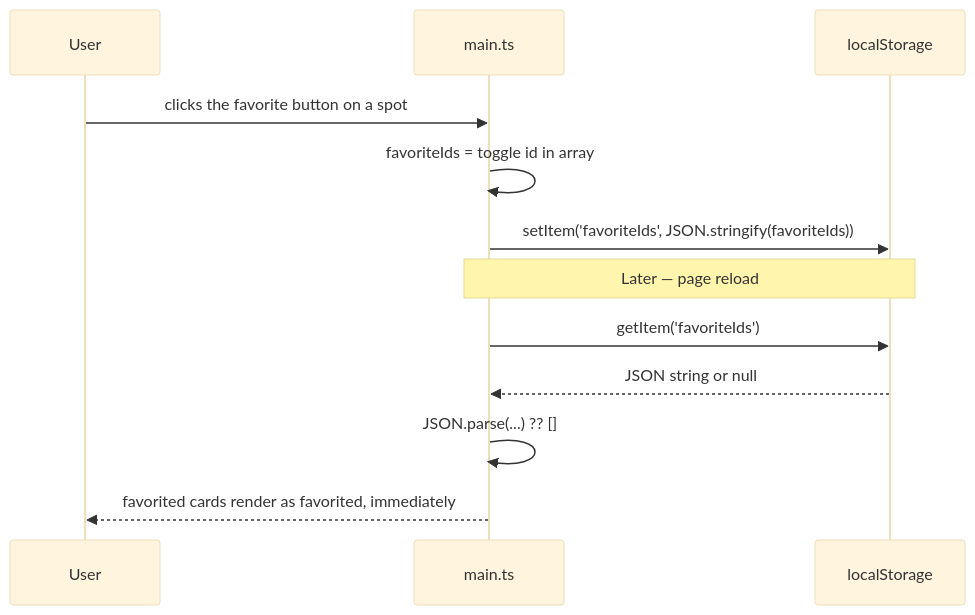
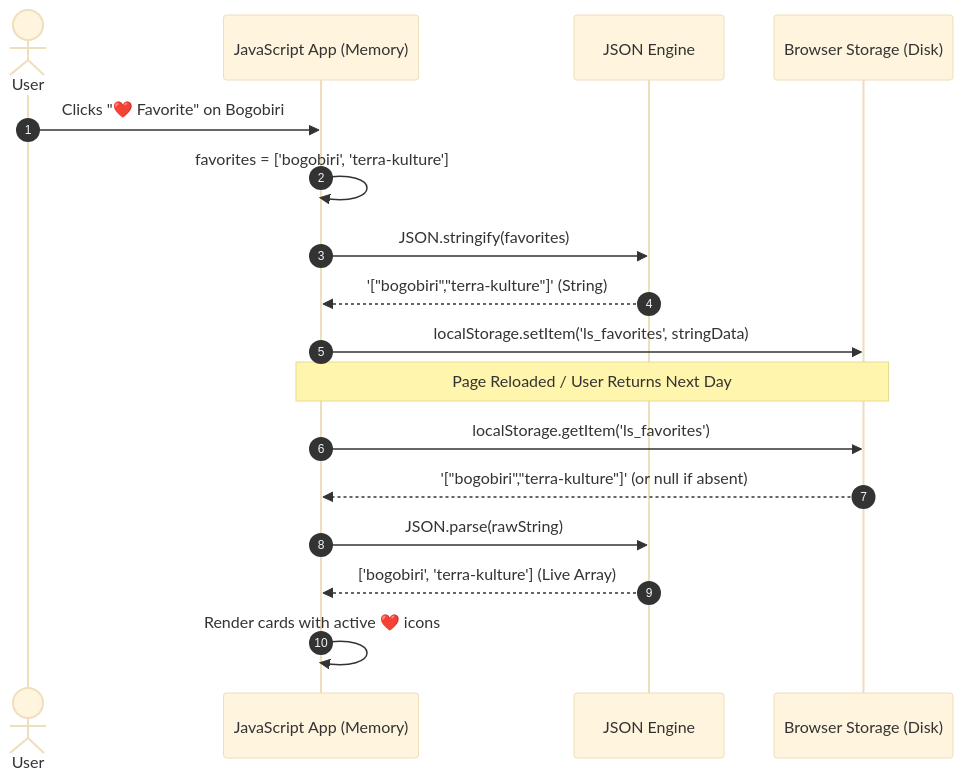
One commit to ajibolagenius/LagosDataSchool changed the third of 3 diagrams in full_stack_development_class_notes/Week 7_ Arrays, Objects & Data Structures.md. Above: the diagram before and after it, drawn with Mermaid (base theme). The commit also changed other lines of this file and 4 other files, not shown here.

Commit message:
docs: enrich Module 2 (Weeks 6-10) notes with JavaScript engine mechanics, event loop, DOM security, and TypeScript type systems

````diff
--- a/full_stack_development_class_notes/Week 7_ Arrays, Objects & Data Structures.md
+++ b/full_stack_development_class_notes/Week 7_ Arrays, Objects & Data Structures.md
@@ -136,14 +194,21 @@
 ```mermaid
 sequenceDiagram
-    participant User
-    participant App as main.ts
-    participant Storage as localStorage
-    User->>App: clicks the favorite button on a spot
-    App->>App: favoriteIds = toggle id in array
-    App->>Storage: setItem('favoriteIds', JSON.stringify(favoriteIds))
-    Note over App,Storage: Later — page reload
-    App->>Storage: getItem('favoriteIds')
-    Storage-->>App: JSON string or null
-    App->>App: JSON.parse(...) ?? []
-    App-->>User: favorited cards render as favorited, immediately
+    autonumber
+    actor User
+    participant App as JavaScript App (Memory)
+    participant Engine as JSON Engine
+    participant Disk as Browser Storage (Disk)
+
+    User->>App: Clicks "❤️ Favorite" on Bogobiri
+    App->>App: favorites = ['bogobiri', 'terra-kulture']
+    App->>Engine: JSON.stringify(favorites)
+    Engine-->>App: '["bogobiri","terra-kulture"]' (String)
+    App->>Disk: localStorage.setItem('ls_favorites', stringData)
+
+    Note over App,Disk: Page Reloaded / User Returns Next Day
+    App->>Disk: localStorage.getItem('ls_favorites')
+    Disk-->>App: '["bogobiri","terra-kulture"]' (or null if absent)
+    App->>Engine: JSON.parse(rawString)
+    Engine-->>App: ['bogobiri', 'terra-kulture'] (Live Array)
+    App->>App: Render cards with active ❤️ icons
 ```
````
